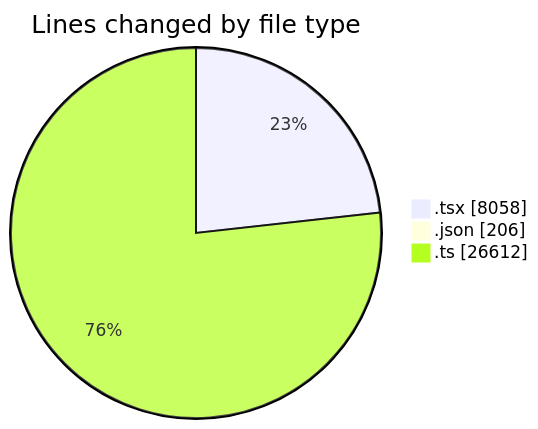
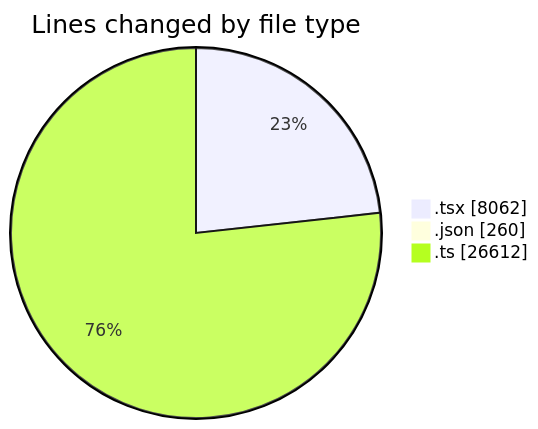
Before and after one commit to momahboobian/code-tracking: the first of 2 diagrams in 2026-11-13/broadcaster-v6-feature/README.md, drawn with Mermaid. The commit also changed other lines of this file and 1 other file, not shown here.

````diff
--- a/2026-11-13/broadcaster-v6-feature/README.md
+++ b/2026-11-13/broadcaster-v6-feature/README.md
@@ -52,7 +53,7 @@
 ```mermaid
 pie showData
 title Lines changed by file type
-".tsx" : 8058
-".json" : 206
+".tsx" : 8062
+".json" : 260
 ".ts" : 26612
 ```
````
